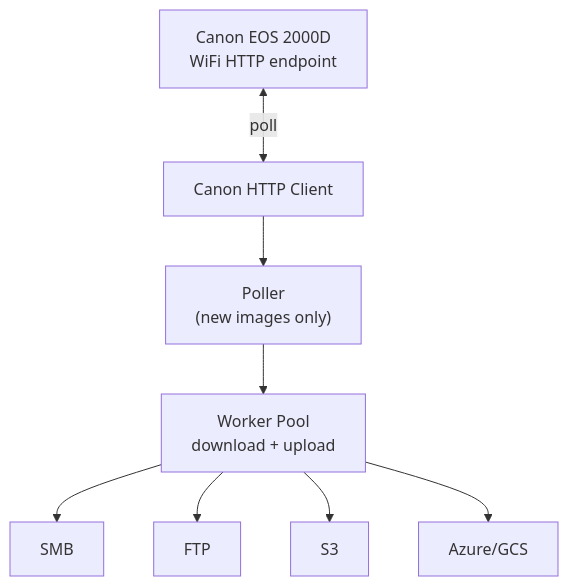
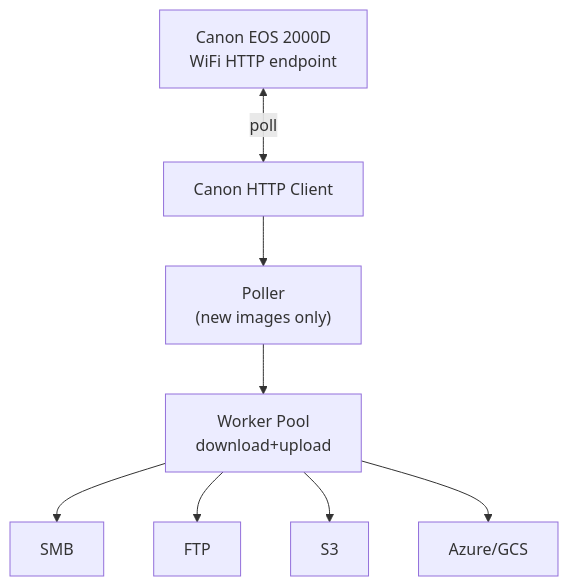
Before and after one commit to pacorreia/canon-proxy: the diagram in README.md, drawn with Mermaid.

Commit message:
Potential fix for pull request finding

````diff
--- a/README.md
+++ b/README.md
@@ -20,19 +20,19 @@
 ```mermaid
 flowchart TD
-    Camera["Canon EOS 2000D\nWiFi HTTP endpoint"]
+    Camera["Canon EOS 2000D<br/>WiFi HTTP endpoint"]
     Client["Canon HTTP Client"]
-    Poller["Poller\n(new images only)"]
-    WorkerPool["Worker Pool\ndownload + upload"]
+    Poller["Poller<br/>(new images only)"]
+    WorkerPool["Worker Pool<br/>download+upload"]
     SMB["SMB"]
     FTP["FTP"]
     S3["S3"]
     AzureGCS["Azure/GCS"]
 
     Camera <-->|poll| Client
     Client --> Poller
     Poller --> WorkerPool
     WorkerPool --> SMB
     WorkerPool --> FTP
     WorkerPool --> S3
     WorkerPool --> AzureGCS
 ```
````
